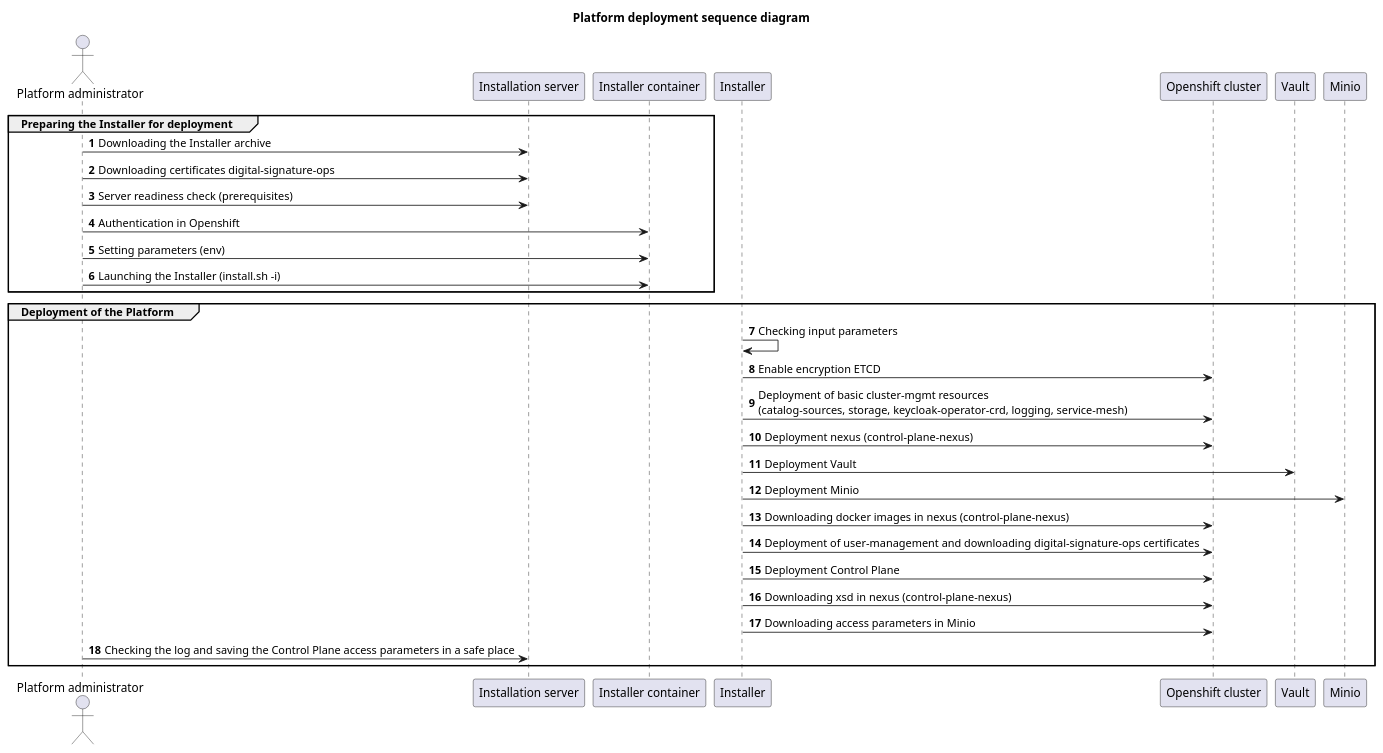
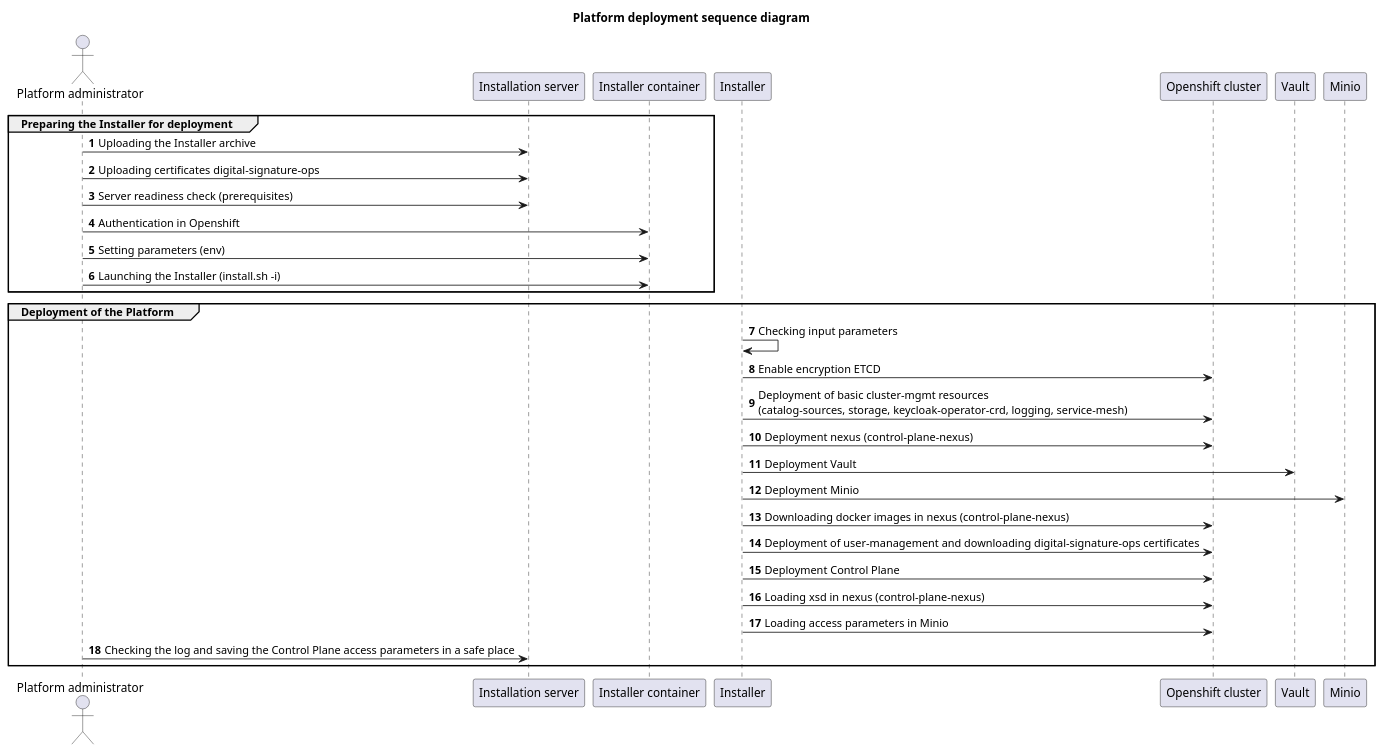
One commit to epam/edp-ddm-architecture changed the second of 3 diagrams in docs/en/modules/arch/pages/architecture/platform-installer/installer-structure.adoc. Above: the diagram before and after it, drawn with PlantUML. The commit also changed other lines of this file and 957 other files, not shown here.

```diff
--- a/docs/en/modules/arch/pages/architecture/platform-installer/installer-structure.adoc
+++ b/docs/en/modules/arch/pages/architecture/platform-installer/installer-structure.adoc
@@ -83,42 +71,42 @@
 [plantuml, install_flow, svg]
 ----
 @startuml
 
 actor "Platform administrator" as devops order 10
 participant "Installation server" as jumpbox  order 30
 participant "Installer container" as docker_load  order 35
 participant "Installer" as install.sh  order 40
 participant "Openshift cluster" as openshift  order 45
 participant "Vault" as vault  order 50
 participant "Minio" as minio  order 55
 
 autonumber
 
 title Platform deployment sequence diagram
 
 group Preparing the Installer for deployment
-devops -> jumpbox: Downloading the Installer archive
-devops -> jumpbox: Downloading certificates digital-signature-ops
+devops -> jumpbox: Uploading the Installer archive
+devops -> jumpbox: Uploading certificates digital-signature-ops
 devops -> jumpbox: Server readiness check (prerequisites)
 devops -> docker_load: Authentication in Openshift
 devops -> docker_load: Setting parameters (env)
 devops -> docker_load: Launching the Installer (install.sh -i)
 end
 
 group Deployment of the Platform
 install.sh -> install.sh: Checking input parameters
 install.sh -> openshift: Enable encryption ETCD
 install.sh -> openshift: Deployment of basic cluster-mgmt resources\n(catalog-sources, storage, keycloak-operator-crd, logging, service-mesh)
 install.sh -> openshift: Deployment nexus (control-plane-nexus)
 install.sh -> vault: Deployment Vault
 install.sh -> minio: Deployment Minio
 install.sh -> openshift: Downloading docker images in nexus (control-plane-nexus)
 install.sh -> openshift: Deployment of user-management and downloading digital-signature-ops certificates
 install.sh -> openshift: Deployment Control Plane
-install.sh -> openshift: Downloading xsd in nexus (control-plane-nexus)
-install.sh -> openshift: Downloading access parameters in Minio
+install.sh -> openshift: Loading xsd in nexus (control-plane-nexus)
+install.sh -> openshift: Loading access parameters in Minio
 devops -> jumpbox: Checking the log and saving the Control Plane access parameters in a safe place
 end
 
 @enduml
 ----
```
